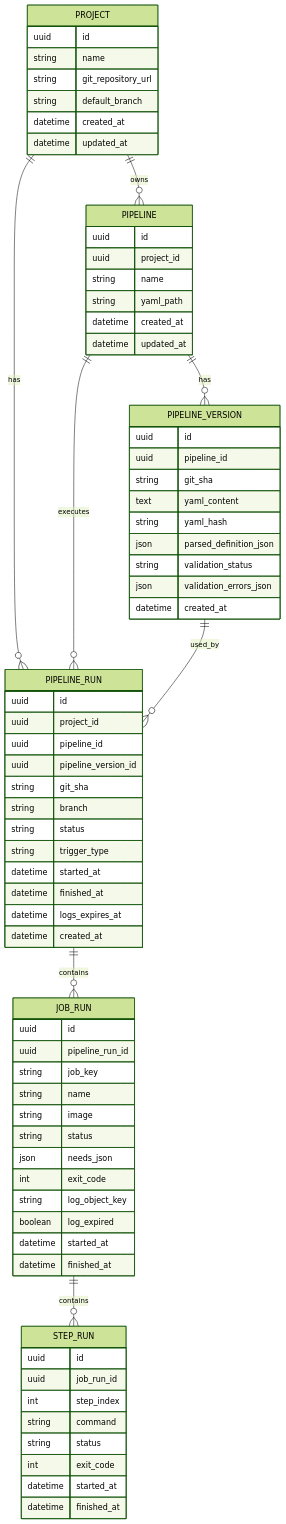
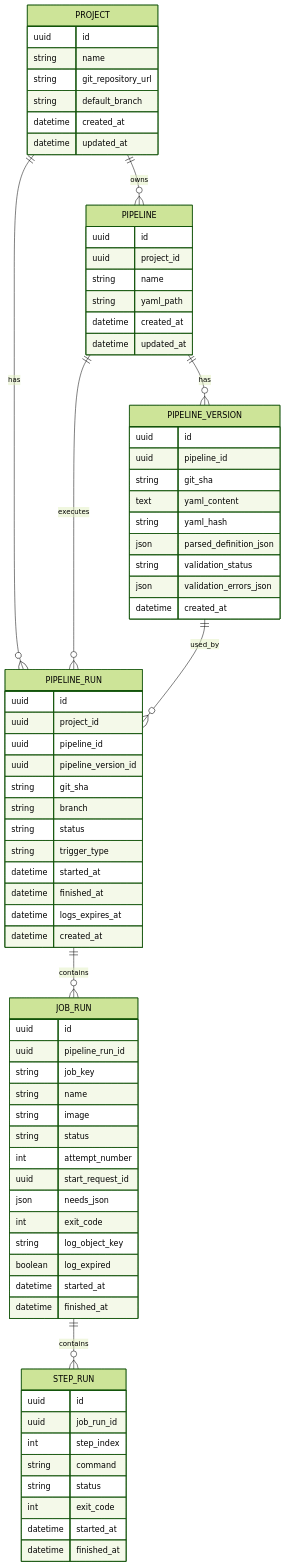
Before and after one commit to Rustkins-Project/RustkinsDocs: the third of 5 diagrams in docs/versions/v0/overview.md, drawn with Mermaid (forest theme). The commit also changed other lines of this file and 22 other files, not shown here.

```diff
--- a/docs/versions/v0/overview.md
+++ b/docs/versions/v0/overview.md
@@ -611,6 +666,8 @@
     string name
     string image
     string status
+    int attempt_number
+    uuid start_request_id
     json needs_json
     int exit_code
     string log_object_key
```
